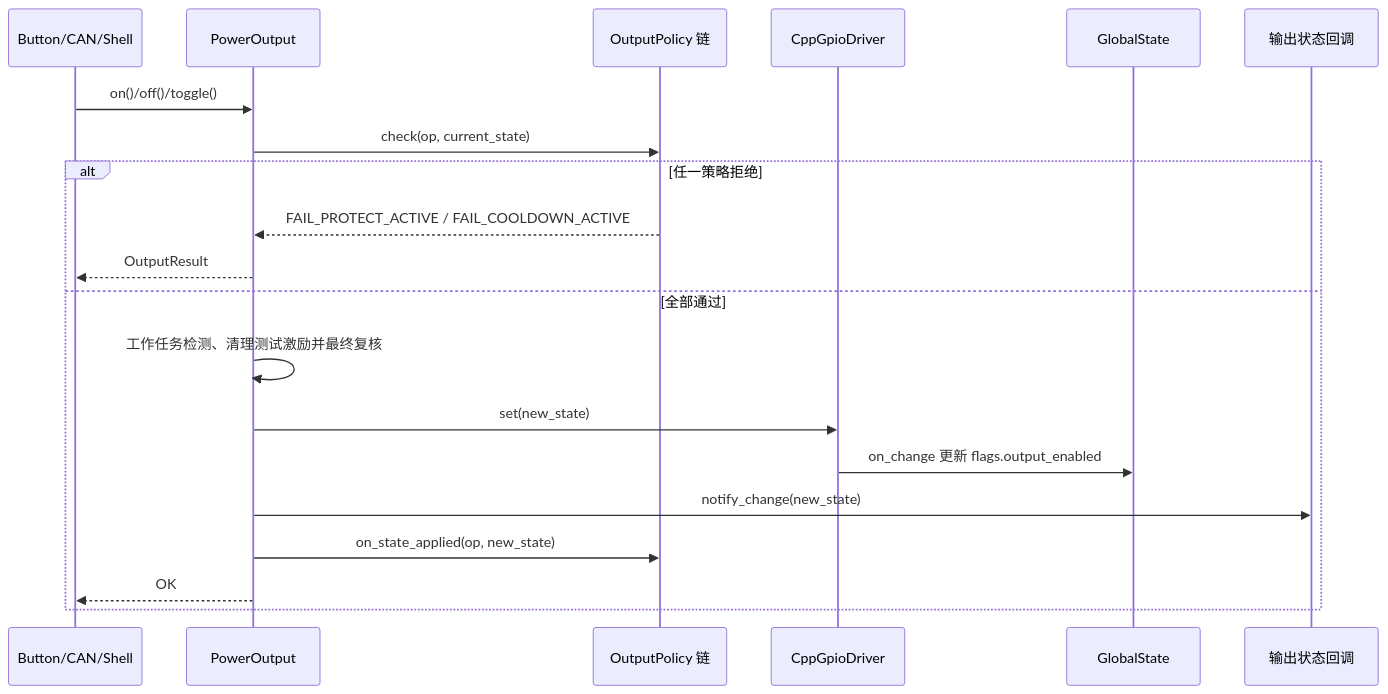
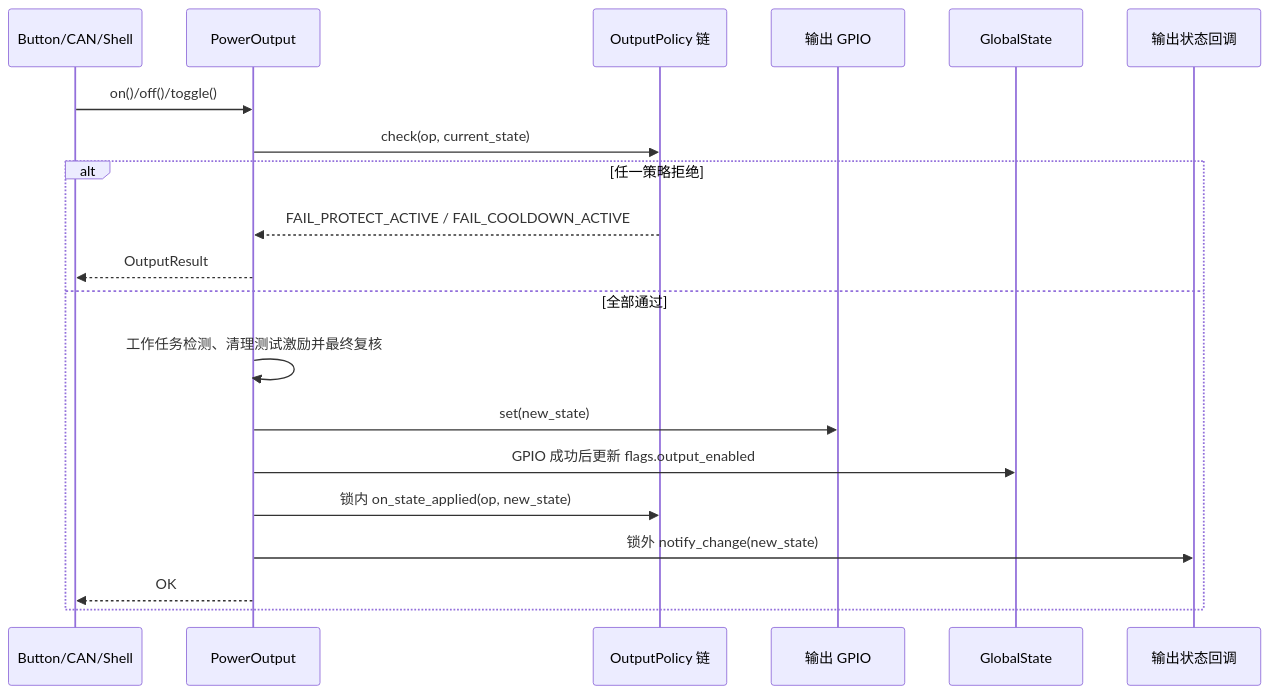
One commit to qingmeijiupiao/Wireless_power_meter_pro_v2 changed the second of 3 diagrams in components/app/power_output/README.md. Above: the diagram before and after it, drawn with Mermaid. The commit also changed other lines of this file and 30 other files, not shown here.

````diff
--- a/components/app/power_output/README.md
+++ b/components/app/power_output/README.md
@@ -31,23 +31,23 @@
 ```mermaid
 sequenceDiagram
     participant Caller as Button/CAN/Shell
     participant PO as PowerOutput
     participant Policy as OutputPolicy 链
-    participant GPIO as CppGpioDriver
+    participant GPIO as 输出 GPIO
     participant GS as GlobalState
     participant CB as 输出状态回调
 
     Caller->>PO: on()/off()/toggle()
     PO->>Policy: check(op, current_state)
     alt 任一策略拒绝
         Policy-->>PO: FAIL_PROTECT_ACTIVE / FAIL_COOLDOWN_ACTIVE
         PO-->>Caller: OutputResult
     else 全部通过
         PO->>PO: 工作任务检测、清理测试激励并最终复核
         PO->>GPIO: set(new_state)
-        GPIO->>GS: on_change 更新 flags.output_enabled
-        PO->>CB: notify_change(new_state)
-        PO->>Policy: on_state_applied(op, new_state)
+        PO->>GS: GPIO 成功后更新 flags.output_enabled
+        PO->>Policy: 锁内 on_state_applied(op, new_state)
+        PO->>CB: 锁外 notify_change(new_state)
         PO-->>Caller: OK
     end
 ```
````
